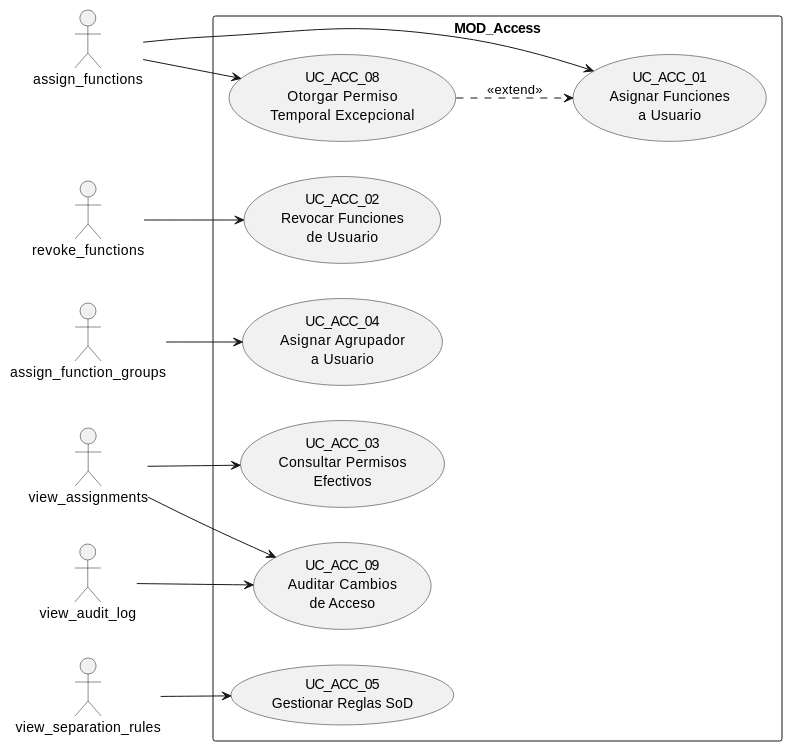
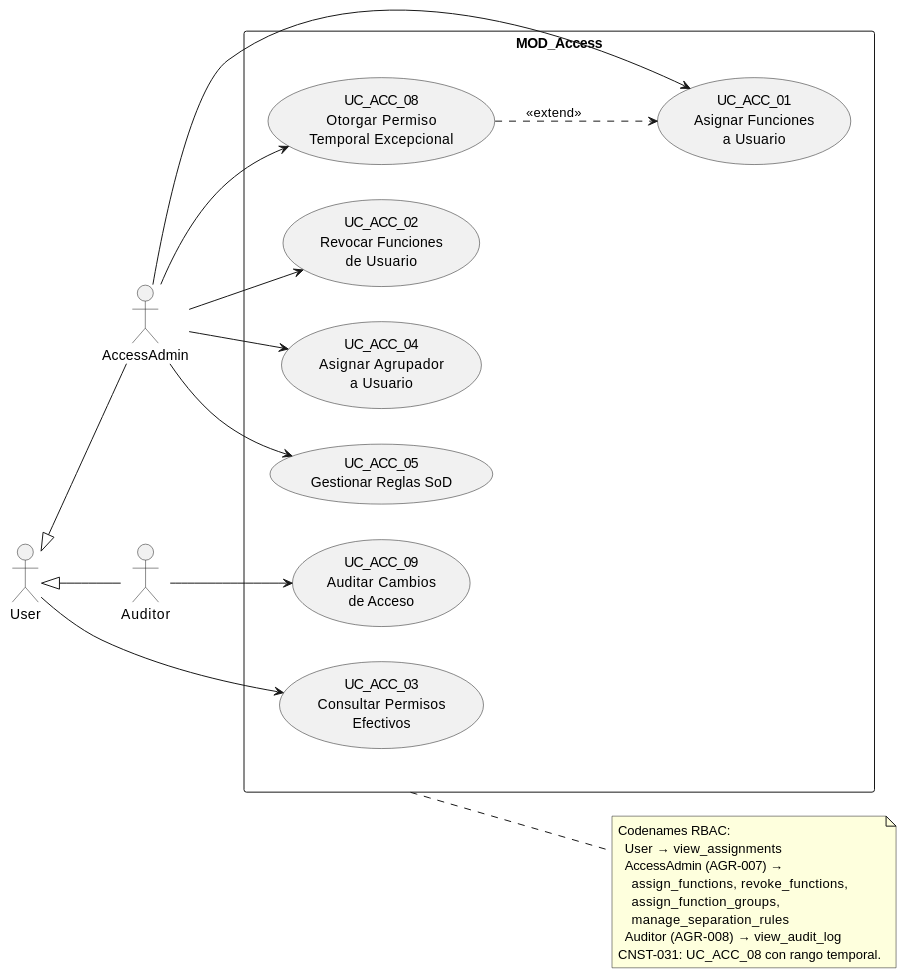
Before and after one commit to jcg-admin/IACT-docs: the diagram in source/arquitectura-tecnica/use-case-view/uc-access.rst, drawn with PlantUML. The commit also changed other lines of this file and 30 other files, not shown here.

First line of the commit message:
Apply UML-07 conformance to use-case-view: actors as roles

```diff
--- a/source/arquitectura-tecnica/use-case-view/uc-access.rst
+++ b/source/arquitectura-tecnica/use-case-view/uc-access.rst
@@ -26,35 +24,46 @@
 .. uml::
- :caption: Figura 18 — MOD_Access: casos de uso
+ :caption: MOD_Access — AccessAdmin gestiona asignaciones;
+           Auditor lee.
 
  @startuml
  left to right direction
 
- actor "assign_functions" as assign_functions
- actor "revoke_functions" as revoke_functions
- actor "view_assignments" as view_assignments
- actor "assign_function_groups" as assign_function_groups
- actor "view_separation_rules" as view_separation_rules
- actor "view_audit_log" as view_audit_log
+ actor User
+ actor AccessAdmin
+ actor Auditor
+
+ User <|-- AccessAdmin
+ User <|-- Auditor
 
  rectangle "MOD_Access" {
    usecase "UC_ACC_01\nAsignar Funciones\na Usuario" as UC_ACC_01
    usecase "UC_ACC_02\nRevocar Funciones\nde Usuario" as UC_ACC_02
    usecase "UC_ACC_03\nConsultar Permisos\nEfectivos" as UC_ACC_03
    usecase "UC_ACC_04\nAsignar Agrupador\na Usuario" as UC_ACC_04
    usecase "UC_ACC_05\nGestionar Reglas SoD" as UC_ACC_05
    usecase "UC_ACC_08\nOtorgar Permiso\nTemporal Excepcional" as UC_ACC_08
    usecase "UC_ACC_09\nAuditar Cambios\nde Acceso" as UC_ACC_09
  }
 
- assign_functions --> UC_ACC_01
- assign_functions --> UC_ACC_08
- revoke_functions --> UC_ACC_02
- view_assignments --> UC_ACC_03
- assign_function_groups --> UC_ACC_04
- view_separation_rules --> UC_ACC_05
- view_audit_log --> UC_ACC_09
- view_assignments --> UC_ACC_09
+ User        --> UC_ACC_03
+ AccessAdmin --> UC_ACC_01
+ AccessAdmin --> UC_ACC_02
+ AccessAdmin --> UC_ACC_04
+ AccessAdmin --> UC_ACC_05
+ AccessAdmin --> UC_ACC_08
+ Auditor     --> UC_ACC_09
 
  UC_ACC_08 ..> UC_ACC_01 : <<extend>>
 
+ note right of MOD_Access
+   Codenames RBAC:
+     User → view_assignments
+     AccessAdmin (AGR-007) →
+       assign_functions, revoke_functions,
+       assign_function_groups,
+       manage_separation_rules
+     Auditor (AGR-008) → view_audit_log
+   CNST-031: UC_ACC_08 con rango temporal.
+ end note
+
  @enduml
```
